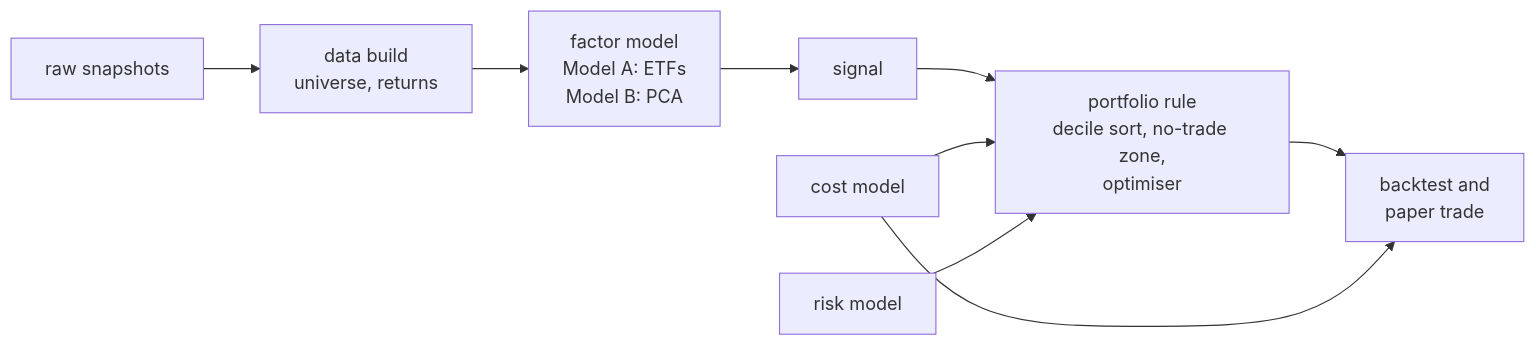
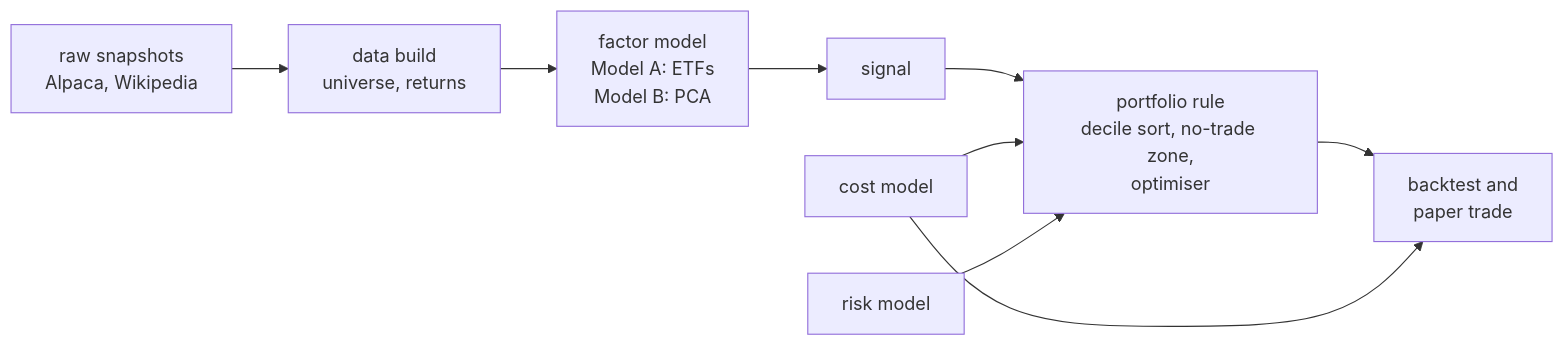
The diagram in README.md (tcrossland/stat-arb-from-scratch), drawn with Mermaid before and after one commit. The commit also changed other lines of this file and 7 other files, not shown here.

First line of the commit message:
docs(decisions): choose Alpaca and Wikipedia as data sources

````diff
--- a/README.md
+++ b/README.md
@@ -11,7 +11,7 @@
 ```mermaid
 flowchart LR
-    S["raw snapshots"] --> D["data build<br/>universe, returns"] --> F["factor model<br/>Model A: ETFs<br/>Model B: PCA"] --> G["signal"] --> P["portfolio rule<br/>decile sort, no-trade zone,<br/>optimiser"] --> B["backtest and<br/>paper trade"]
+    S["raw snapshots<br/>Alpaca, Wikipedia"] --> D["data build<br/>universe, returns"] --> F["factor model<br/>Model A: ETFs<br/>Model B: PCA"] --> G["signal"] --> P["portfolio rule<br/>decile sort, no-trade zone,<br/>optimiser"] --> B["backtest and<br/>paper trade"]
     C["cost model"] --> P
     C --> B
     R["risk model"] --> P
 ```
````
